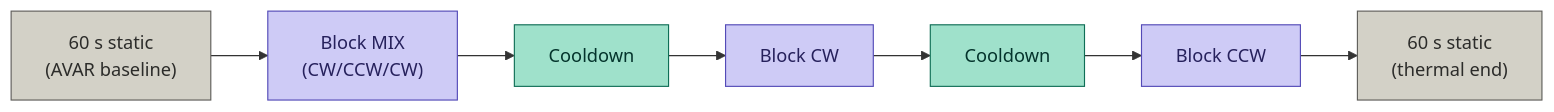
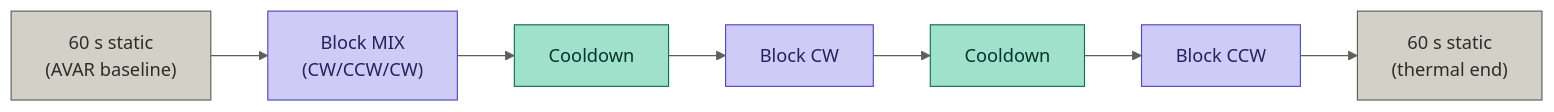
The first of 2 diagrams in README.md (Narcis-Abella/slam-sensor-metrological-validation), drawn with Mermaid before and after one commit. The commit also changed other lines of this file and 2 other files, not shown here.

First line of the commit message:
Unify Mermaid styling and normalize Markdown field formatting for GitHub.

````diff
--- a/README.md
+++ b/README.md
@@ -99,16 +99,17 @@
 ```mermaid
+%%{init: {'theme':'base','themeVariables': {'lineColor':'#5F5E5A','fontFamily':'Arial'}}}%%
 flowchart LR
     classDef static   fill:#D3D1C7,stroke:#5F5E5A,color:#2C2C2A
     classDef traj     fill:#CECBF6,stroke:#534AB7,color:#26215C
     classDef cooldown fill:#9FE1CB,stroke:#0F6E56,color:#04342C
 
     S0["60 s static\n(AVAR baseline)"]:::static
     MIX["Block MIX\n(CW/CCW/CW)"]:::traj
     C1["Cooldown"]:::cooldown
     CW["Block CW"]:::traj
     C2["Cooldown"]:::cooldown
     CCW["Block CCW"]:::traj
     S1["60 s static\n(thermal end)"]:::static
 
     S0 --> MIX --> C1 --> CW --> C2 --> CCW --> S1
 ```
````
